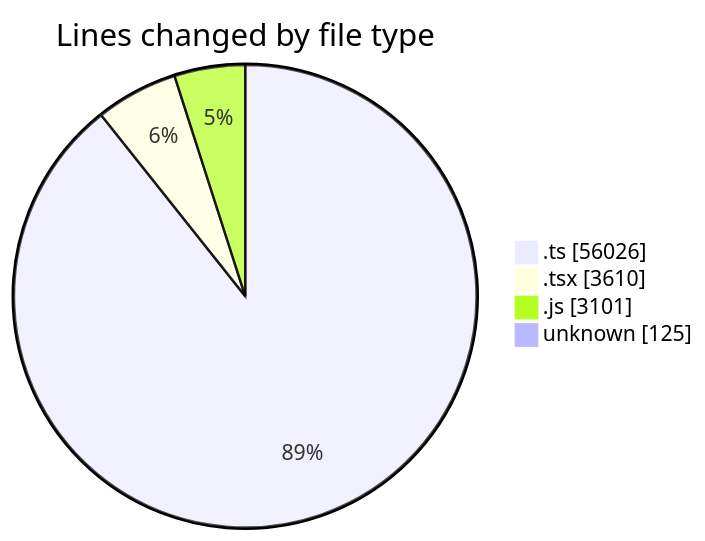
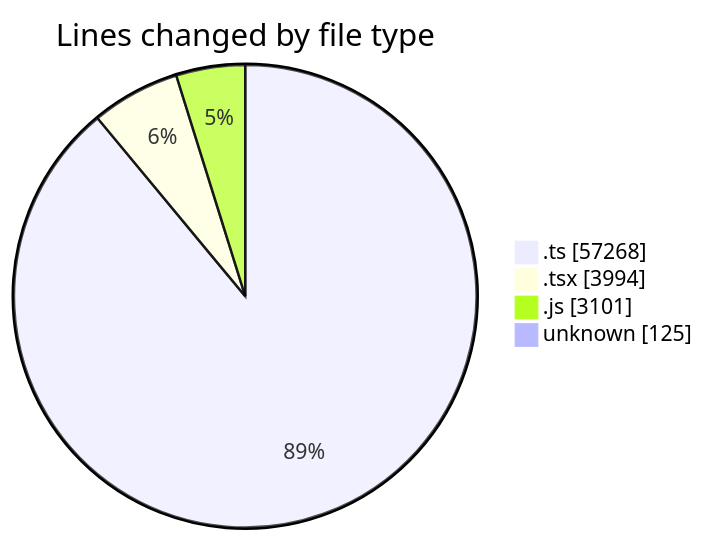
The first of 2 diagrams in 2026-09-18/cda/README.md (momahboobian/code-tracking), drawn with Mermaid before and after one commit. The commit also changed other lines of this file and 1 other file, not shown here.

````diff
--- a/2026-09-18/cda/README.md
+++ b/2026-09-18/cda/README.md
@@ -56,8 +56,8 @@
 ```mermaid
 pie showData
 title Lines changed by file type
-".ts" : 56026
-".tsx" : 3610
+".ts" : 57268
+".tsx" : 3994
 ".js" : 3101
 "unknown" : 125
 ```
````
